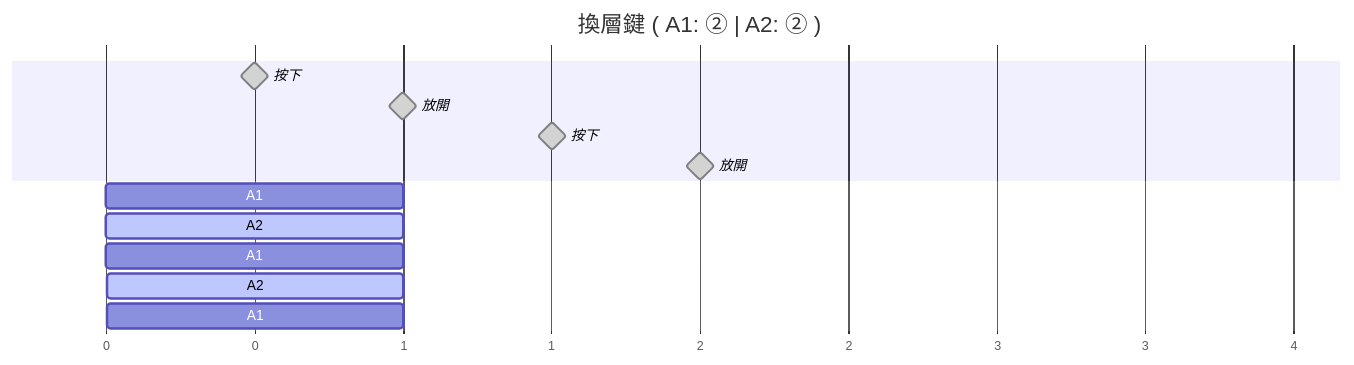
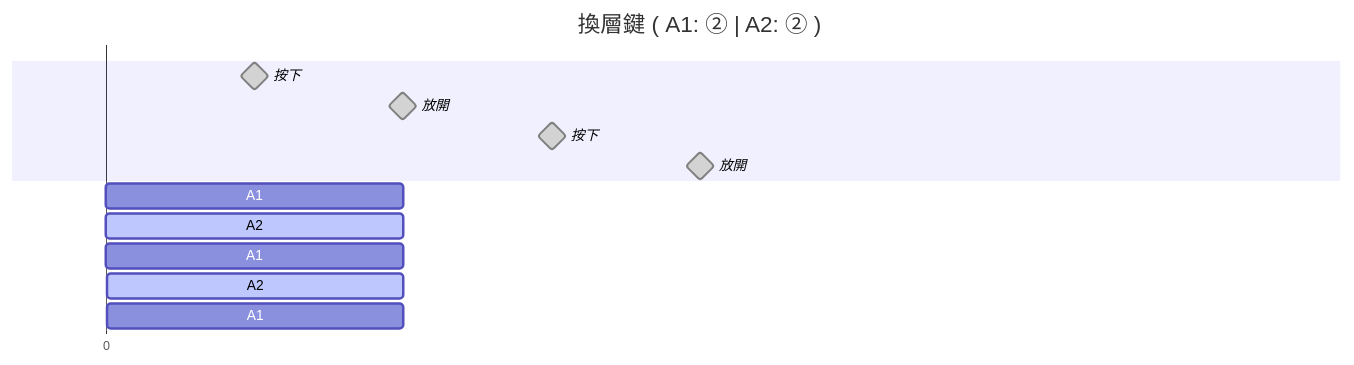
One commit to andy23512/blog-zh-tw changed the first of 3 diagrams in source/_posts/tangent-的-charachorder-秘訣收集.md. Above: the diagram before and after it, drawn with Mermaid. The commit also changed other lines of this file and 309 other files, not shown here.

````diff
--- a/source/_posts/tangent-的-charachorder-秘訣收集.md
+++ b/source/_posts/tangent-的-charachorder-秘訣收集.md
@@ -48,16 +48,21 @@
-{% mermaid gantt %}
+```mermaid
+---
+displayMode: compact
+---
+gantt
     dateFormat X
     axisFormat %s
-        title 換層鍵 ( A1: ② | A2: ② )
+    tickInterval 1day
+    title 換層鍵 ( A1: ② | A2: ② )
     section ㅤ
     按下: milestone, done, 1, 1
     放開: milestone, done, 2, 2
     按下: milestone, done, 3, 3
     放開: milestone, done, 4, 4
     section ㅤㅤ
     A1: 0, 1s
     A2: active, 1, 1s
     A1: 2, 1s
     A2: active, 3, 1s
     A1: 4, 1s
-{% endmermaid %}
+```
````
